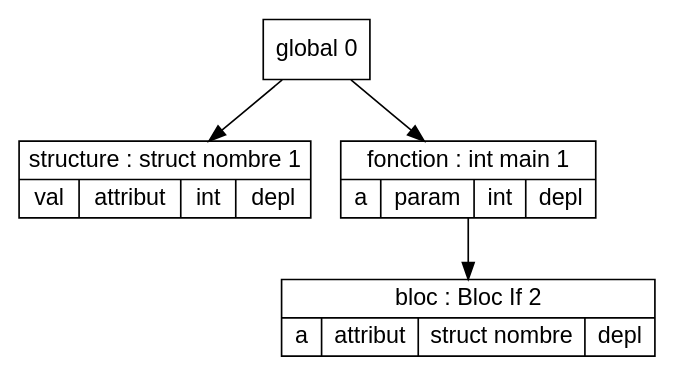
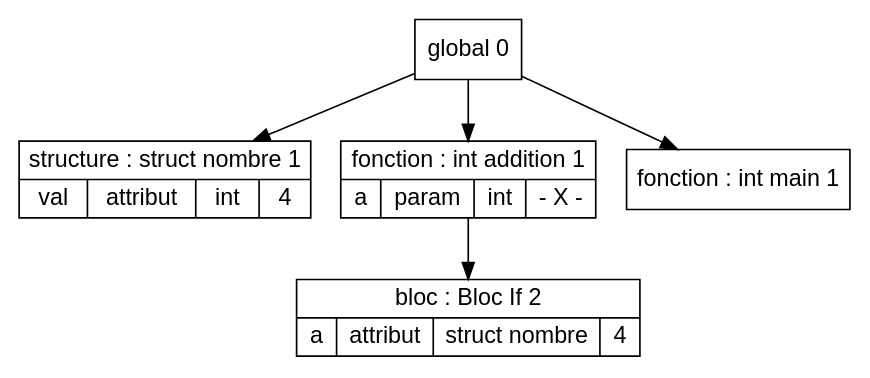
The diagram in Code/out/tds/dot/Test_Semantique/return_type1.dot (Hamza-ABDOULHOUSSEN/compil), drawn with Graphviz before and after one commit. The commit also changed 46 other files, not shown here.

```diff
--- a/Code/out/tds/dot/Test_Semantique/return_type1.dot
+++ b/Code/out/tds/dot/Test_Semantique/return_type1.dot
@@ -1,24 +1,28 @@
 digraph "tds"{
 
 	node [fontname="Arial"];
 
 	N1 [shape=record label="{ structure : struct nombre 1
-	| { val | attribut | int | depl }
+	| { val | attribut | int | 4 }
 	}"];
 
 	N3 [shape=record label="{ bloc : Bloc If  2
-	| { a | attribut | struct nombre | depl }
+	| { a | attribut | struct nombre | 4 }
 	}"];
 
-	N2 [shape=record label="{ fonction : int main 1
-	| { a | param | int | depl }
+	N2 [shape=record label="{ fonction : int addition 1
+	| { a | param | int | - X - }
+	}"];
+
+	N4 [shape=record label="{ fonction : int main 1
 	}"];
 
 	N0 [shape=record label="{ global 0
 	}"];
 
 
 	N0 -> N1; 
 	N0 -> N2; 
 	N2 -> N3; 
+	N0 -> N4; 
 }
```
